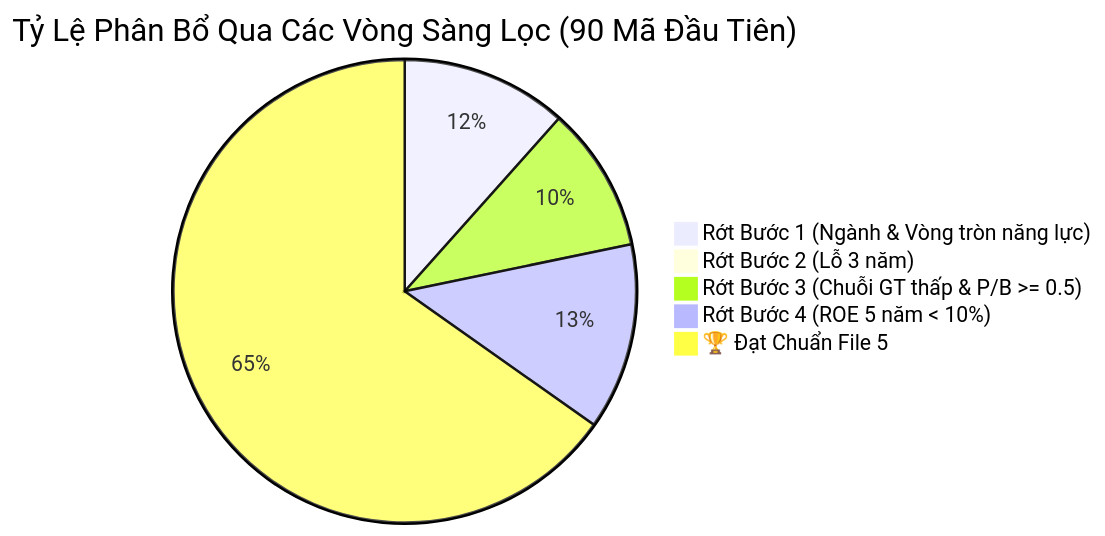
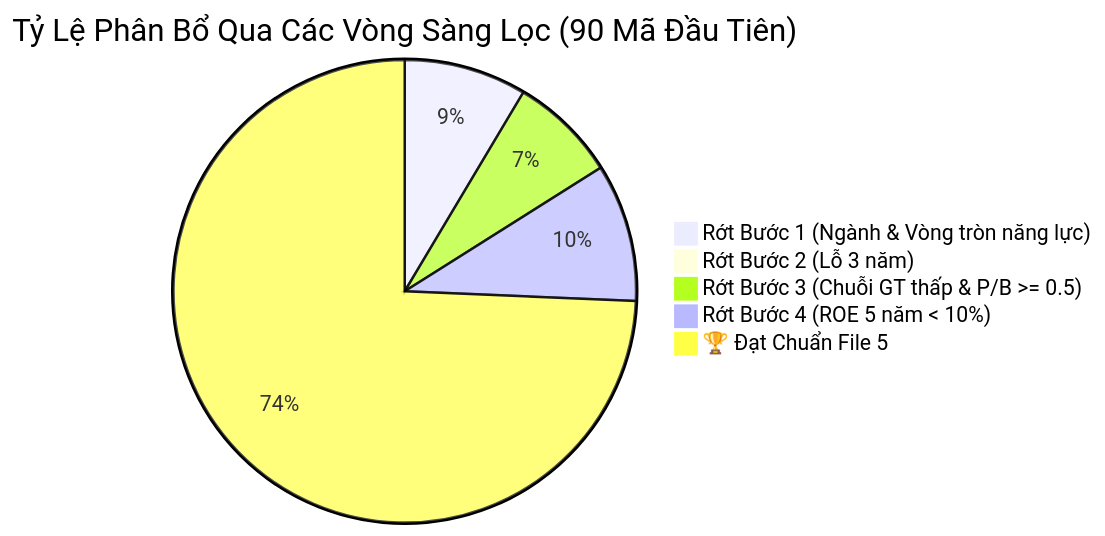
One commit to lenhan1102/pdf-analyzer changed the diagram in screenings/screening_dashboard.md. Above: the diagram before and after it, drawn with Mermaid. The commit also changed other lines of this file and 8 other files, not shown here.

````diff
--- a/screenings/screening_dashboard.md
+++ b/screenings/screening_dashboard.md
@@ -9,8 +9,8 @@
 ```mermaid
 pie title Tỷ Lệ Phân Bổ Qua Các Vòng Sàng Lọc (90 Mã Đầu Tiên)
     "Rớt Bước 1 (Ngành & Vòng tròn năng lực)" : 16
     "Rớt Bước 2 (Lỗ 3 năm)" : 1
     "Rớt Bước 3 (Chuỗi GT thấp & P/B >= 0.5)" : 14
     "Rớt Bước 4 (ROE 5 năm < 10%)" : 18
-    "🏆 Đạt Chuẩn File 5" : 90
+    "🏆 Đạt Chuẩn File 5" : 139
 ```
````
